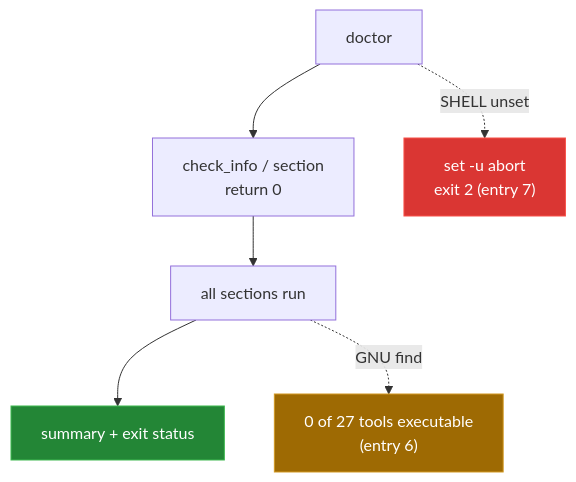
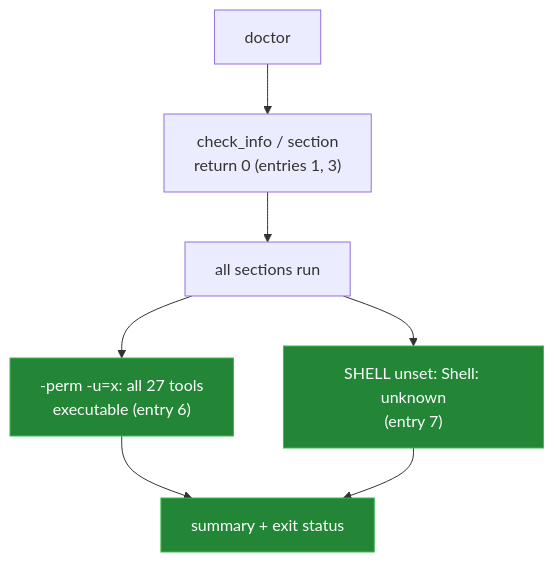
The diagram in docs/BUGS-FOUND.md (Bissbert/topdesk-cli), drawn with Mermaid before and after one commit. The commit also changed other lines of this file and 6 other files, not shown here.

````diff
--- a/docs/BUGS-FOUND.md
+++ b/docs/BUGS-FOUND.md
@@ -24,12 +25,13 @@
 ```mermaid
 flowchart TD
-    D["doctor"] --> I["check_info / section<br/>return 0"]
+    D["doctor"] --> I["check_info / section<br/>return 0 (entries 1, 3)"]
     I --> C["all sections run"]
-    C --> S["summary + exit status"]
-    D -. "SHELL unset" .-> X["set -u abort<br/>exit 2 (entry 7)"]
-    C -. "GNU find" .-> P["0 of 27 tools executable<br/>(entry 6)"]
+    C --> P["-perm -u=x: all 27 tools<br/>executable (entry 6)"]
+    C --> H["SHELL unset: Shell: unknown<br/>(entry 7)"]
+    P --> S["summary + exit status"]
+    H --> S
 
     style S fill:#238636,stroke:#3fb950,color:#fff
-    style X fill:#da3633,stroke:#f85149,color:#fff
-    style P fill:#9e6a03,stroke:#d29922,color:#fff
+    style P fill:#238636,stroke:#3fb950,color:#fff
+    style H fill:#238636,stroke:#3fb950,color:#fff
 ```
````
